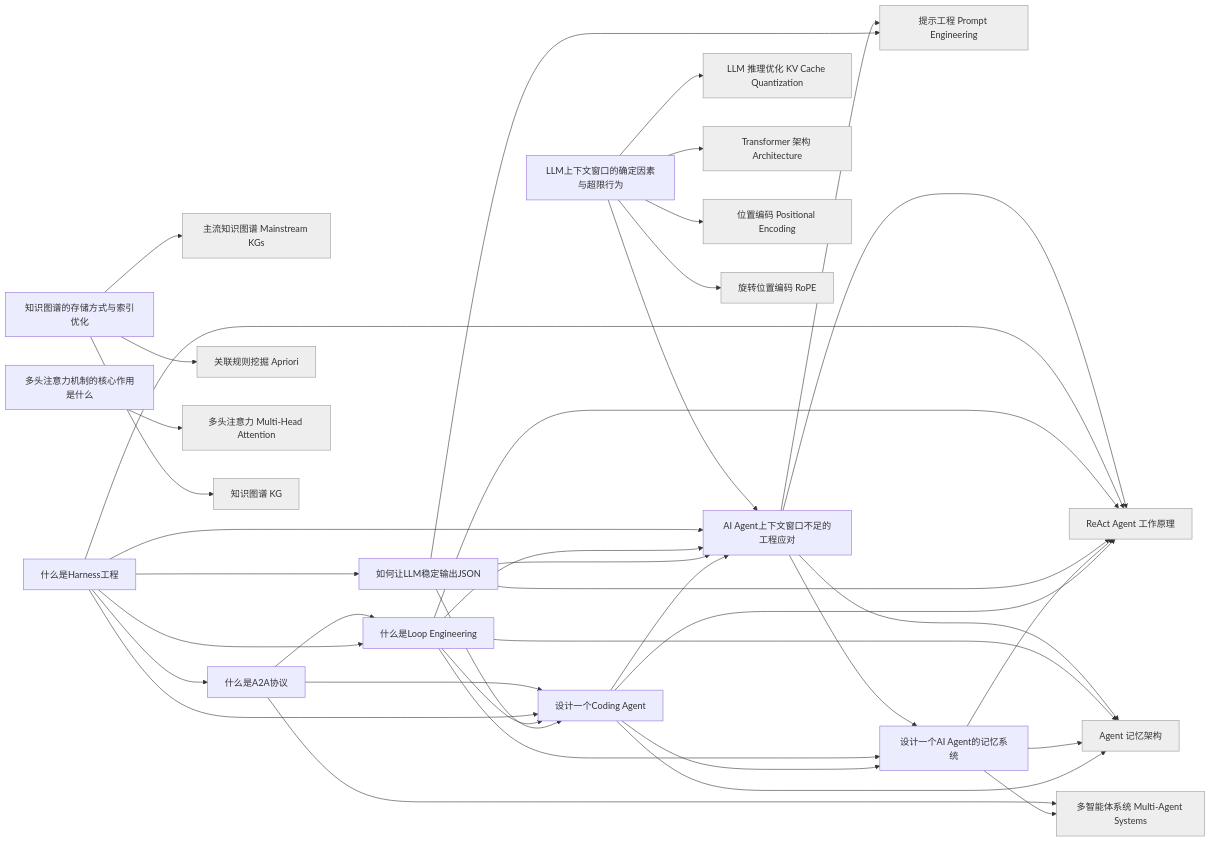
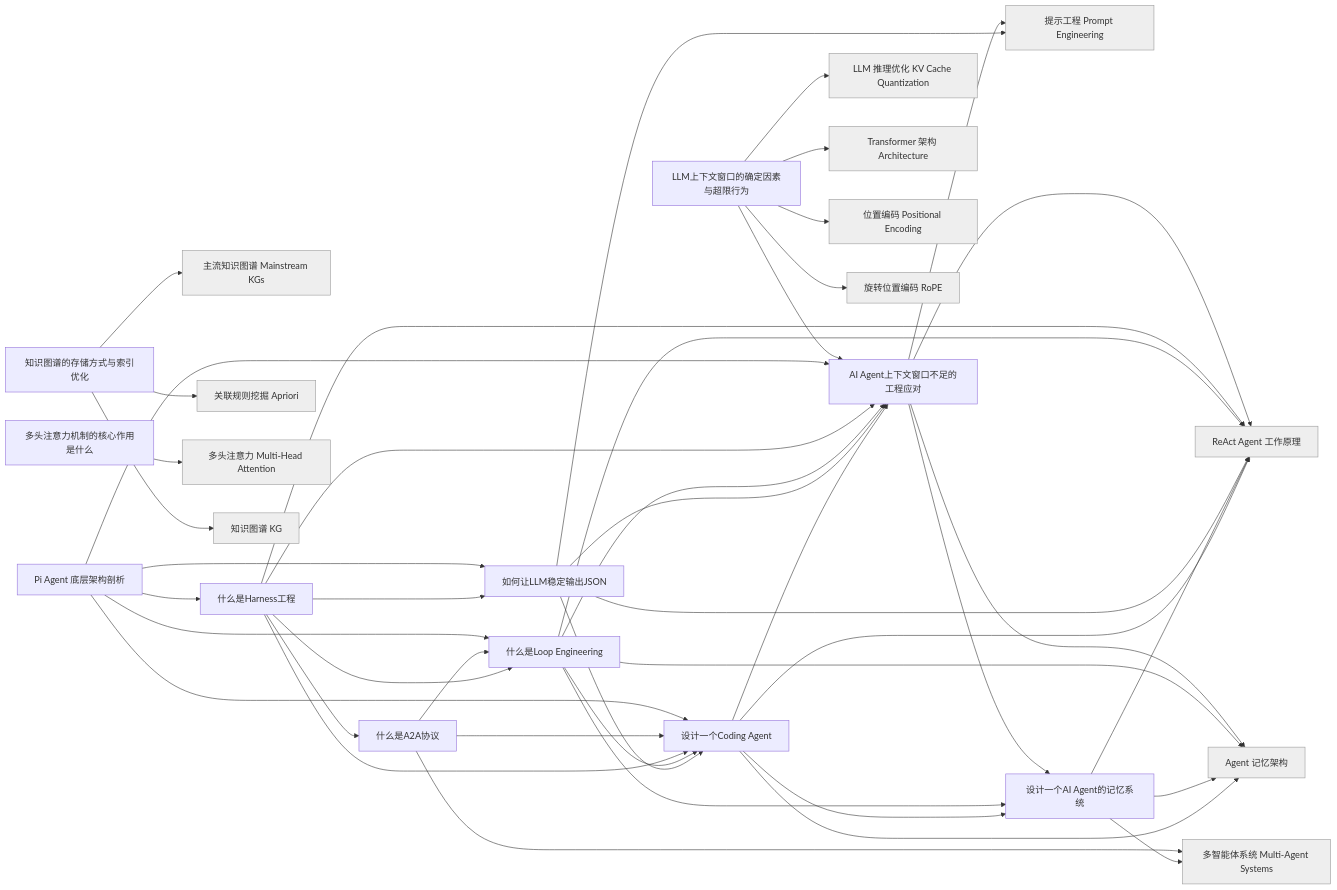
Before and after one commit to codingfeng-fufu/radar-loom: the diagram in interview-graph.md, drawn with Mermaid. The commit also changed other lines of this file and 4 other files, not shown here.

First line of the commit message:
radar: 新增工程面试页《Pi Agent 底层架构剖析》

````diff
--- a/interview-graph.md
+++ b/interview-graph.md
@@ -5,64 +5,70 @@
 ```mermaid
 graph LR
     AI_Agent上下文窗口不足的工程应对["AI Agent上下文窗口不足的工程应对"]
     Agent_记忆架构["Agent 记忆架构"]:::ext
     LLM_推理优化_KV_Cache_Quantization["LLM 推理优化 KV Cache Quantization"]:::ext
     LLM上下文窗口的确定因素与超限行为["LLM上下文窗口的确定因素与超限行为"]
+    Pi_Agent_底层架构剖析["Pi Agent 底层架构剖析"]
     ReAct_Agent_工作原理["ReAct Agent 工作原理"]:::ext
     Transformer_架构_Architecture["Transformer 架构 Architecture"]:::ext
     主流知识图谱_Mainstream_KGs["主流知识图谱 Mainstream KGs"]:::ext
     什么是A2A协议["什么是A2A协议"]
     什么是Harness工程["什么是Harness工程"]
     什么是Loop_Engineering["什么是Loop Engineering"]
     位置编码_Positional_Encoding["位置编码 Positional Encoding"]:::ext
     关联规则挖掘_Apriori["关联规则挖掘 Apriori"]:::ext
     多头注意力_Multi_Head_Attention["多头注意力 Multi-Head Attention"]:::ext
     多头注意力机制的核心作用是什么["多头注意力机制的核心作用是什么"]
     多智能体系统_Multi_Agent_Systems["多智能体系统 Multi-Agent Systems"]:::ext
     如何让LLM稳定输出JSON["如何让LLM稳定输出JSON"]
     提示工程_Prompt_Engineering["提示工程 Prompt Engineering"]:::ext
     旋转位置编码_RoPE["旋转位置编码 RoPE"]:::ext
     知识图谱_KG["知识图谱 KG"]:::ext
     知识图谱的存储方式与索引优化["知识图谱的存储方式与索引优化"]
     设计一个AI_Agent的记忆系统["设计一个AI Agent的记忆系统"]
     设计一个Coding_Agent["设计一个Coding Agent"]
     AI_Agent上下文窗口不足的工程应对 --> Agent_记忆架构
     AI_Agent上下文窗口不足的工程应对 --> ReAct_Agent_工作原理
     AI_Agent上下文窗口不足的工程应对 --> 提示工程_Prompt_Engineering
     AI_Agent上下文窗口不足的工程应对 --> 设计一个AI_Agent的记忆系统
     LLM上下文窗口的确定因素与超限行为 --> AI_Agent上下文窗口不足的工程应对
     LLM上下文窗口的确定因素与超限行为 --> LLM_推理优化_KV_Cache_Quantization
     LLM上下文窗口的确定因素与超限行为 --> Transformer_架构_Architecture
     LLM上下文窗口的确定因素与超限行为 --> 位置编码_Positional_Encoding
     LLM上下文窗口的确定因素与超限行为 --> 旋转位置编码_RoPE
+    Pi_Agent_底层架构剖析 --> AI_Agent上下文窗口不足的工程应对
+    Pi_Agent_底层架构剖析 --> 什么是Harness工程
+    Pi_Agent_底层架构剖析 --> 什么是Loop_Engineering
+    Pi_Agent_底层架构剖析 --> 如何让LLM稳定输出JSON
+    Pi_Agent_底层架构剖析 --> 设计一个Coding_Agent
     什么是A2A协议 --> 什么是Loop_Engineering
     什么是A2A协议 --> 多智能体系统_Multi_Agent_Systems
     什么是A2A协议 --> 设计一个Coding_Agent
     什么是Harness工程 --> AI_Agent上下文窗口不足的工程应对
     什么是Harness工程 --> ReAct_Agent_工作原理
     什么是Harness工程 --> 什么是A2A协议
     什么是Harness工程 --> 什么是Loop_Engineering
     什么是Harness工程 --> 如何让LLM稳定输出JSON
     什么是Harness工程 --> 设计一个Coding_Agent
     什么是Loop_Engineering --> AI_Agent上下文窗口不足的工程应对
     什么是Loop_Engineering --> Agent_记忆架构
     什么是Loop_Engineering --> ReAct_Agent_工作原理
     什么是Loop_Engineering --> 设计一个AI_Agent的记忆系统
     什么是Loop_Engineering --> 设计一个Coding_Agent
     多头注意力机制的核心作用是什么 --> 多头注意力_Multi_Head_Attention
     如何让LLM稳定输出JSON --> AI_Agent上下文窗口不足的工程应对
     如何让LLM稳定输出JSON --> ReAct_Agent_工作原理
     如何让LLM稳定输出JSON --> 提示工程_Prompt_Engineering
     如何让LLM稳定输出JSON --> 设计一个Coding_Agent
     知识图谱的存储方式与索引优化 --> 主流知识图谱_Mainstream_KGs
     知识图谱的存储方式与索引优化 --> 关联规则挖掘_Apriori
     知识图谱的存储方式与索引优化 --> 知识图谱_KG
     设计一个AI_Agent的记忆系统 --> Agent_记忆架构
     设计一个AI_Agent的记忆系统 --> ReAct_Agent_工作原理
     设计一个AI_Agent的记忆系统 --> 多智能体系统_Multi_Agent_Systems
     设计一个Coding_Agent --> AI_Agent上下文窗口不足的工程应对
     设计一个Coding_Agent --> Agent_记忆架构
     设计一个Coding_Agent --> ReAct_Agent_工作原理
     设计一个Coding_Agent --> 设计一个AI_Agent的记忆系统
     classDef ext fill:#eee,stroke:#999;
 ```
````
